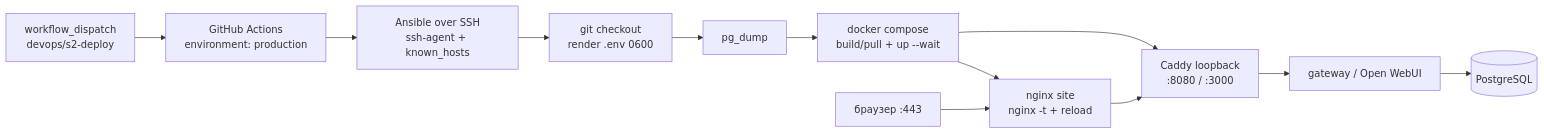
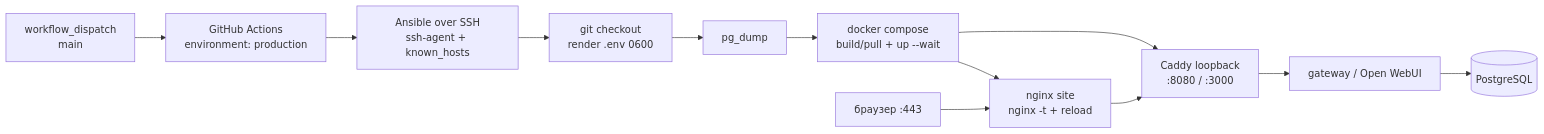
One commit to ynnmuraii/ai-gateway-for-data-protection changed the second of 3 diagrams in README.md. Above: the diagram before and after it, drawn with Mermaid. The commit also changed other lines of this file and 2 other files, not shown here.

Commit message:
ci(deploy): deploy from main after CI checks

````diff
--- a/README.md
+++ b/README.md
@@ -181,14 +183,14 @@
 ```mermaid
 flowchart LR
-    A["workflow_dispatch<br/>devops/s2-deploy"] --> B["GitHub Actions<br/>environment: production"]
+    A["workflow_dispatch<br/>main"] --> B["GitHub Actions<br/>environment: production"]
     B --> C["Ansible over SSH<br/>ssh-agent + known_hosts"]
     C --> D["git checkout<br/>render .env 0600"]
     D --> E["pg_dump"]
     E --> F["docker compose<br/>build/pull + up --wait"]
     F --> G["Caddy loopback<br/>:8080 / :3000"]
     G --> H["gateway / Open WebUI"]
     H --> I[("PostgreSQL")]
     F --> J["nginx site<br/>nginx -t + reload"]
     K["браузер :443"] --> J
     J --> G
 ```
````
